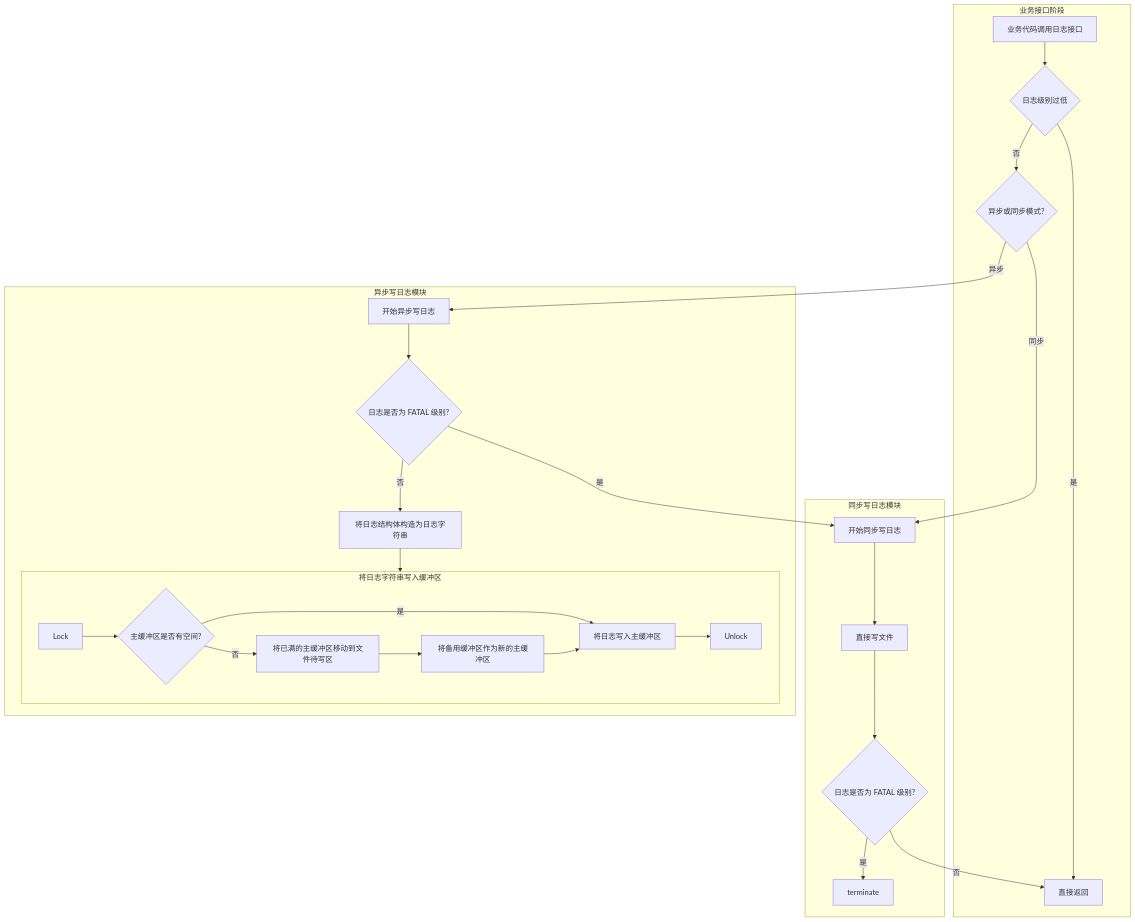
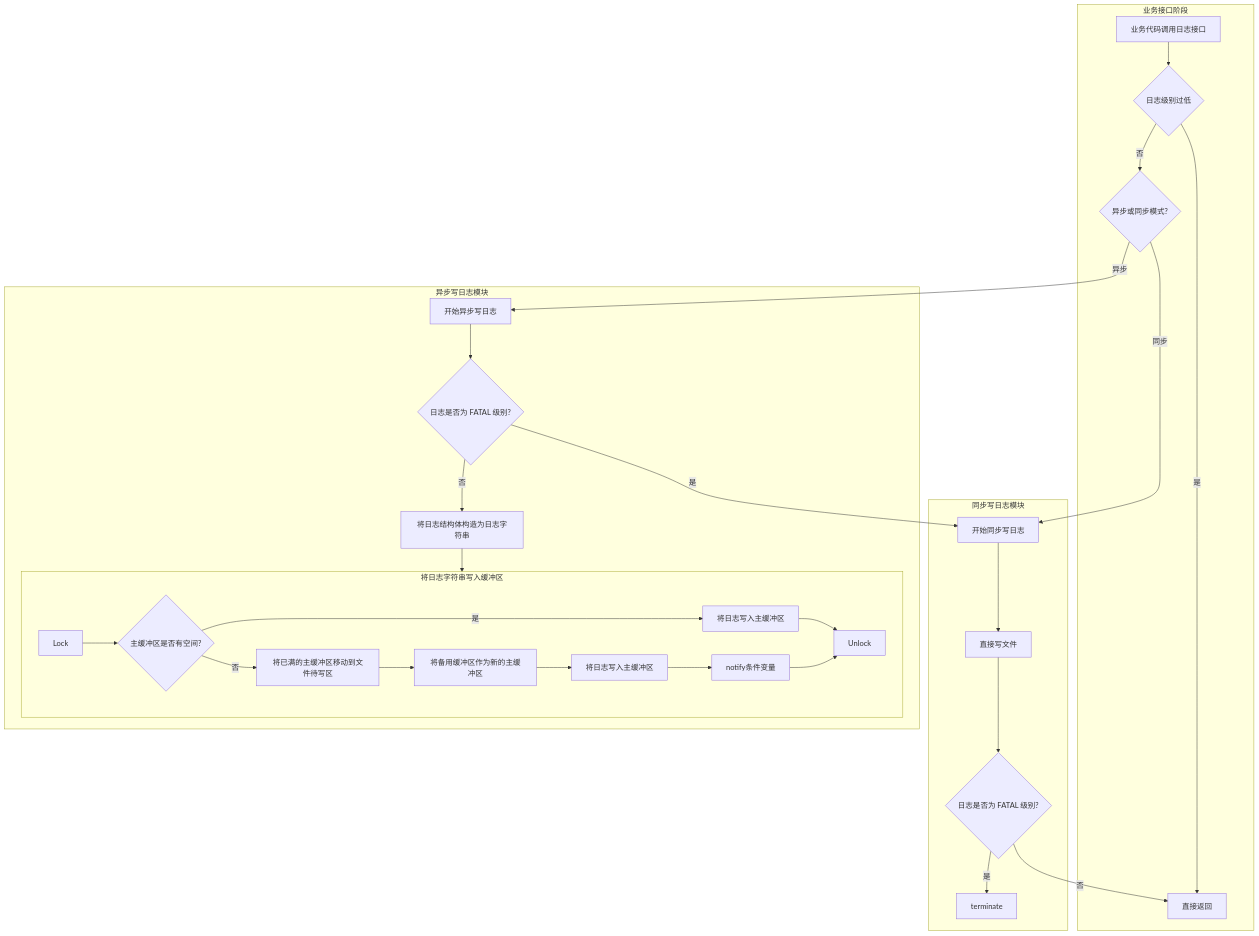
Before and after one commit to MYMarcoreus/GameServer: the third of 4 diagrams in doc/log.md, drawn with Mermaid. The commit also changed other lines of this file and 7 other files, not shown here.

````diff
--- a/doc/log.md
+++ b/doc/log.md
@@ -118,37 +118,39 @@
 ```mermaid
 flowchart TD
     %% 业务接口模块
     subgraph BIZ["业务接口阶段"]
         A[业务代码调用日志接口] -->  E{日志级别过低}
         E -- 是 --> X[直接返回]
         E -- 否 --> G{异步或同步模式?}
     end
 
     %% 同步日志模块
     subgraph SYNC["同步写日志模块"]
         G -- 同步 --> H[开始同步写日志]
         H --> K[直接写文件]
         K --> L{日志是否为 FATAL 级别?}
         L -- 否 --> X
         L -- 是 --> Z[terminate]
     end
 
     %% 异步日志模块
     subgraph ASYNC["异步写日志模块"]
         G -- 异步 --> I[开始异步写日志]
         I --> M{日志是否为 FATAL 级别?}
         M -- 是 --> H
         M -- 否 --> N[将日志结构体构造为日志字符串]
         N --> Step1
     end
 
 	subgraph Step1["将日志字符串写入缓冲区"]
         Q{主缓冲区是否有空间?}
         Lock --> Q
-        Q -- 是 --> R[将日志字符串写入文件待写区]
+        Q -- 是 --> R[将日志写入主缓冲区]
         Q -- 否 --> S[将已满的主缓冲区移动到文件待写区]
         S --> T[将备用缓冲区作为新的主缓冲区]
-        T --> R[将日志写入主缓冲区]
+        T --> U[将日志写入主缓冲区]
+        U --> D[notify条件变量]
         R --> Unlock
+        D --> Unlock
     end
 ```
````
